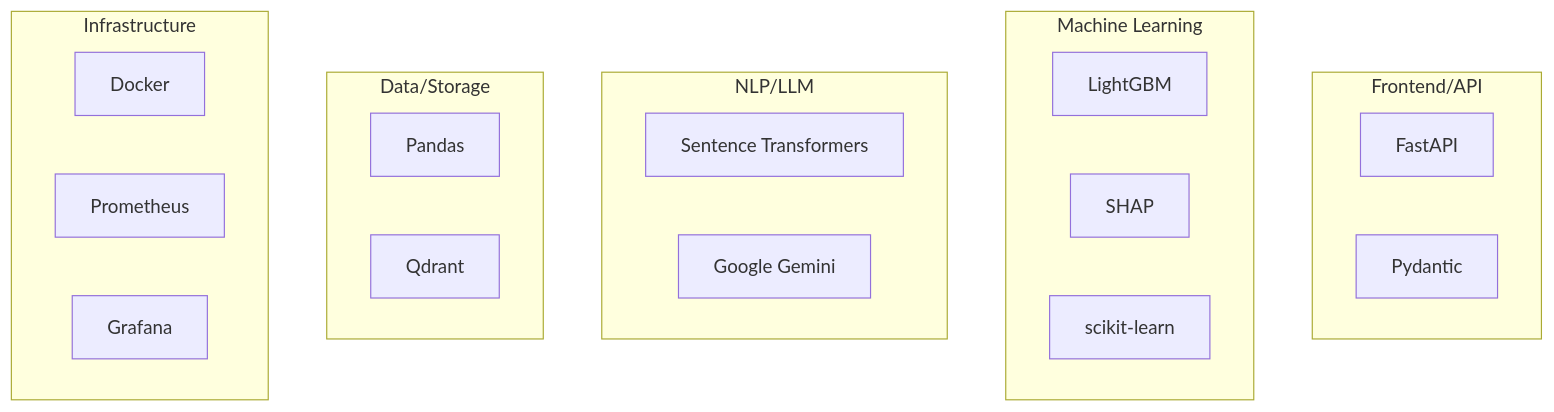
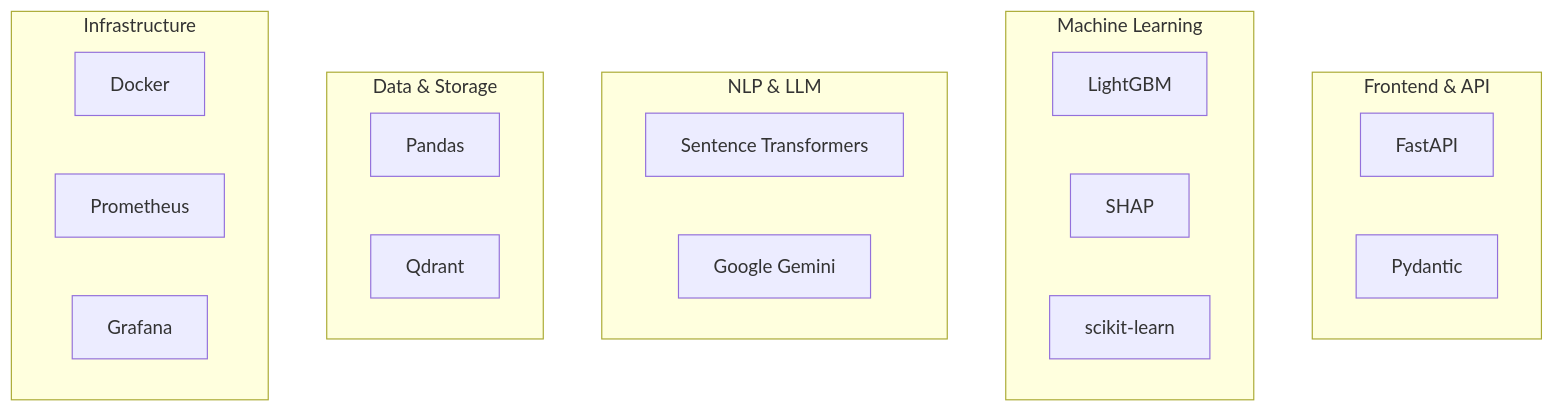
The fourth of 4 diagrams in README.md (nishant5790/marketing-intelligence), drawn with Mermaid before and after one commit. The commit also changed other lines of this file, not shown here.

````diff
--- a/README.md
+++ b/README.md
@@ -334,29 +337,29 @@
 ```mermaid
 graph TB
-    subgraph "Frontend/API"
+    subgraph Frontend_API["Frontend & API"]
         FastAPI[FastAPI]
         Pydantic[Pydantic]
     end
     
-    subgraph "Machine Learning"
+    subgraph Machine_Learning["Machine Learning"]
         LightGBM[LightGBM]
         SHAP[SHAP]
         SciKit[scikit-learn]
     end
     
-    subgraph "NLP/LLM"
+    subgraph NLP_LLM["NLP & LLM"]
         SentenceT[Sentence Transformers]
         Gemini[Google Gemini]
     end
     
-    subgraph "Data/Storage"
+    subgraph Data_Storage["Data & Storage"]
         Pandas[Pandas]
         Qdrant[Qdrant]
     end
     
-    subgraph "Infrastructure"
+    subgraph Infrastructure
         Docker[Docker]
         Prometheus[Prometheus]
         Grafana[Grafana]
     end
 ```
````
